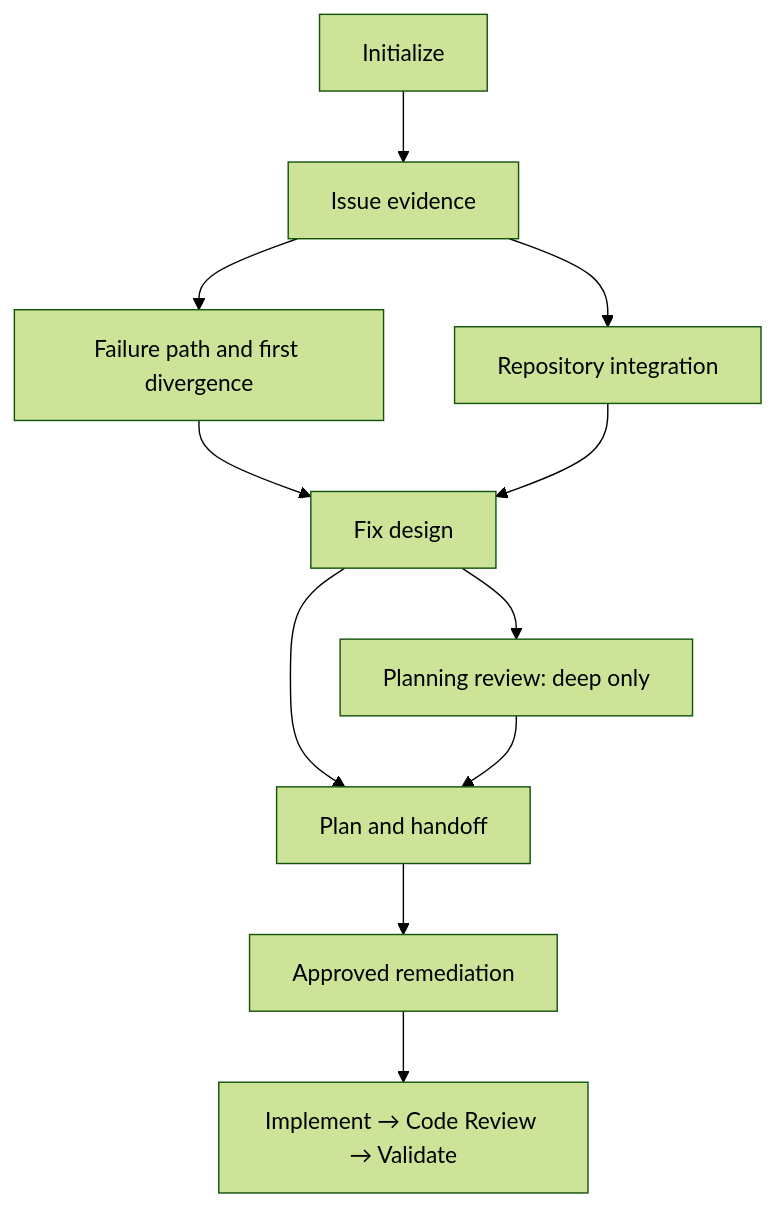
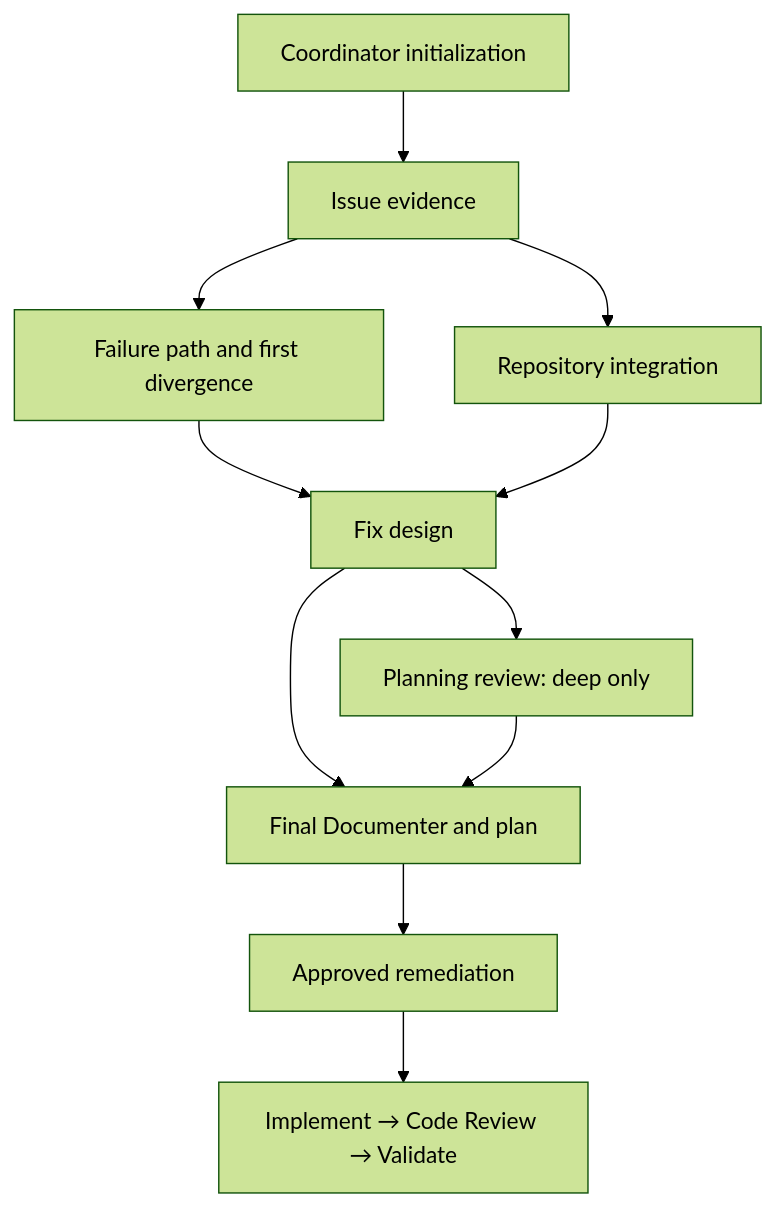
Before and after one commit to daniel-galvan/ai-engineering-workflow-framework: the third of 5 diagrams in PLAYBOOK_CATALOG.md, drawn with Mermaid (forest theme). The commit also changed other lines of this file and 22 other files, not shown here.

````diff
--- a/PLAYBOOK_CATALOG.md
+++ b/PLAYBOOK_CATALOG.md
@@ -70,13 +71,13 @@
 ```mermaid
 flowchart TB
-    A["Initialize"] --> B["Issue evidence"]
+    A["Coordinator initialization"] --> B["Issue evidence"]
     B --> C["Failure path and first divergence"]
     B --> D["Repository integration"]
     C --> E["Fix design"]
     D --> E
     E --> F["Planning review: deep only"]
-    E --> G["Plan and handoff"]
+    E --> G["Final Documenter and plan"]
     F --> G
     G --> H["Approved remediation"]
     H --> I["Implement → Code Review → Validate"]
 ```
````
